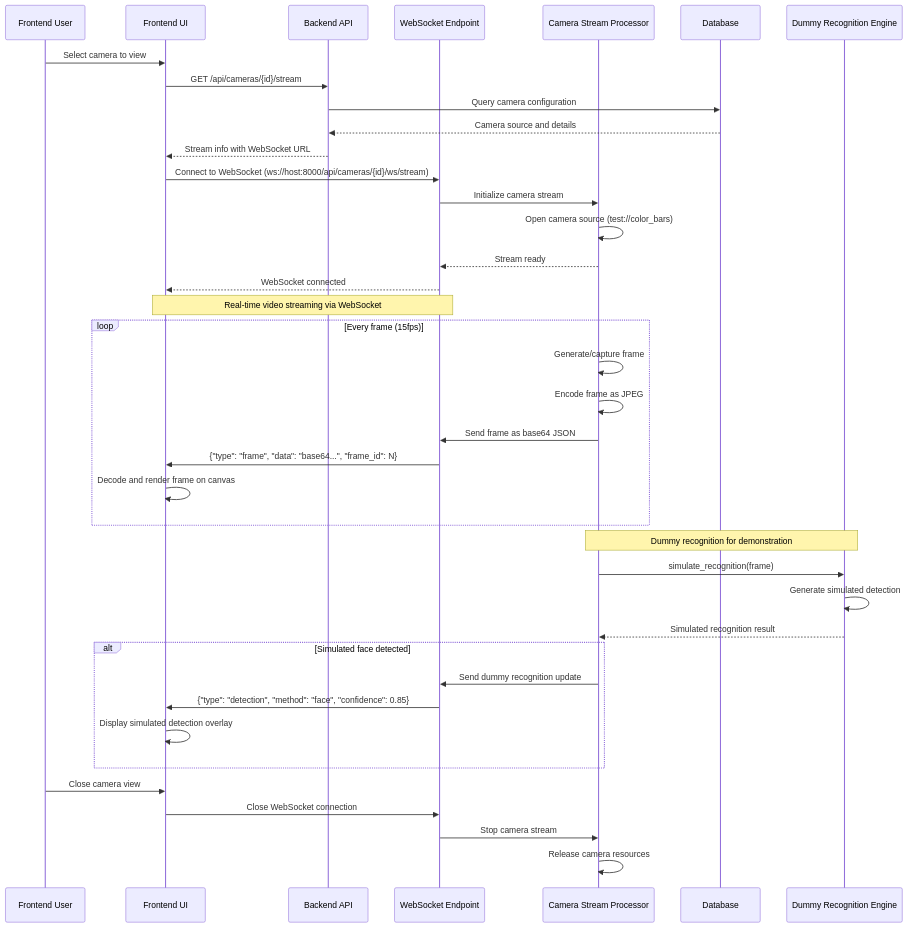
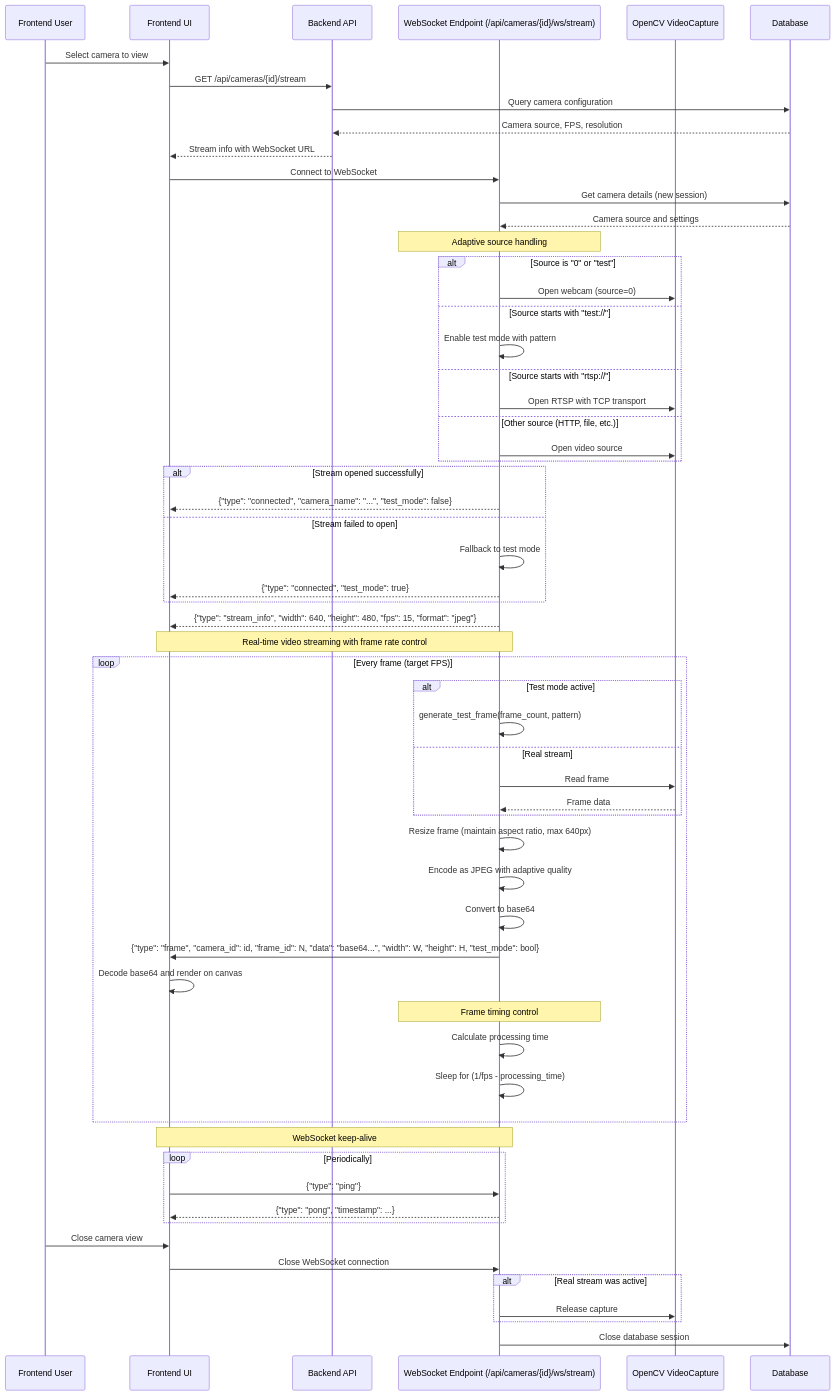
The second of 6 diagrams in design/sequence_diagrams.md (yaweiyang-sz/VIPReceptionSystem), drawn with Mermaid before and after one commit. The commit also changed other lines of this file, not shown here.

````diff
--- a/design/sequence_diagrams.md
+++ b/design/sequence_diagrams.md
@@ -70,47 +83,73 @@
 ```mermaid
 sequenceDiagram
     participant User as Frontend User
     participant Frontend as Frontend UI
     participant Backend as Backend API
-    participant WS as WebSocket Endpoint
-    participant CameraProc as Camera Stream Processor
+    participant WS as WebSocket Endpoint (/api/cameras/{id}/ws/stream)
+    participant OpenCV as OpenCV VideoCapture
     participant DB as Database
-    participant DummyEngine as Dummy Recognition Engine
 
     User->>Frontend: Select camera to view
     Frontend->>Backend: GET /api/cameras/{id}/stream
     Backend->>DB: Query camera configuration
-    DB-->>Backend: Camera source and details
+    DB-->>Backend: Camera source, FPS, resolution
     Backend-->>Frontend: Stream info with WebSocket URL
     
-    Frontend->>WS: Connect to WebSocket (ws://host:8000/api/cameras/{id}/ws/stream)
-    WS->>CameraProc: Initialize camera stream
-    CameraProc->>CameraProc: Open camera source (test://color_bars)
-    CameraProc-->>WS: Stream ready
-    WS-->>Frontend: WebSocket connected
+    Frontend->>WS: Connect to WebSocket
+    WS->>DB: Get camera details (new session)
+    DB-->>WS: Camera source and settings
     
-    Note over WS,Frontend: Real-time video streaming via WebSocket
-    loop Every frame (15fps)
-        CameraProc->>CameraProc: Generate/capture frame
-        CameraProc->>CameraProc: Encode frame as JPEG
-        CameraProc->>WS: Send frame as base64 JSON
-        WS->>Frontend: {"type": "frame", "data": "base64...", "frame_id": N}
-        Frontend->>Frontend: Decode and render frame on canvas
+    Note over WS: Adaptive source handling
+    alt Source is "0" or "test"
+        WS->>OpenCV: Open webcam (source=0)
+    else Source starts with "test://"
+        WS->>WS: Enable test mode with pattern
+    else Source starts with "rtsp://"
+        WS->>OpenCV: Open RTSP with TCP transport
+    else Other source (HTTP, file, etc.)
+        WS->>OpenCV: Open video source
     end
     
-    Note over CameraProc,DummyEngine: Dummy recognition for demonstration
-    CameraProc->>DummyEngine: simulate_recognition(frame)
-    DummyEngine->>DummyEngine: Generate simulated detection
-    DummyEngine-->>CameraProc: Simulated recognition result
+    alt Stream opened successfully
+        WS-->>Frontend: {"type": "connected", "camera_name": "...", "test_mode": false}
+    else Stream failed to open
+        WS->>WS: Fallback to test mode
+        WS-->>Frontend: {"type": "connected", "test_mode": true}
+    end
     
-    alt Simulated face detected
-        CameraProc->>WS: Send dummy recognition update
-        WS->>Frontend: {"type": "detection", "method": "face", "confidence": 0.85}
-        Frontend->>Frontend: Display simulated detection overlay
+    WS-->>Frontend: {"type": "stream_info", "width": 640, "height": 480, "fps": 15, "format": "jpeg"}
+    
+    Note over WS,Frontend: Real-time video streaming with frame rate control
+    loop Every frame (target FPS)
+        alt Test mode active
+            WS->>WS: generate_test_frame(frame_count, pattern)
+        else Real stream
+            WS->>OpenCV: Read frame
+            OpenCV-->>WS: Frame data
+        end
+        
+        WS->>WS: Resize frame (maintain aspect ratio, max 640px)
+        WS->>WS: Encode as JPEG with adaptive quality
+        WS->>WS: Convert to base64
+        
+        WS->>Frontend: {"type": "frame", "camera_id": id, "frame_id": N, "data": "base64...", "width": W, "height": H, "test_mode": bool}
+        Frontend->>Frontend: Decode base64 and render on canvas
+        
+        Note over WS: Frame timing control
+        WS->>WS: Calculate processing time
+        WS->>WS: Sleep for (1/fps - processing_time)
+    end
+    
+    Note over WS,Frontend: WebSocket keep-alive
+    loop Periodically
+        Frontend->>WS: {"type": "ping"}
+        WS-->>Frontend: {"type": "pong", "timestamp": ...}
     end
     
     User->>Frontend: Close camera view
     Frontend->>WS: Close WebSocket connection
-    WS->>CameraProc: Stop camera stream
-    CameraProc->>CameraProc: Release camera resources
+    alt Real stream was active
+        WS->>OpenCV: Release capture
+    end
+    WS->>DB: Close database session
 ```
````
